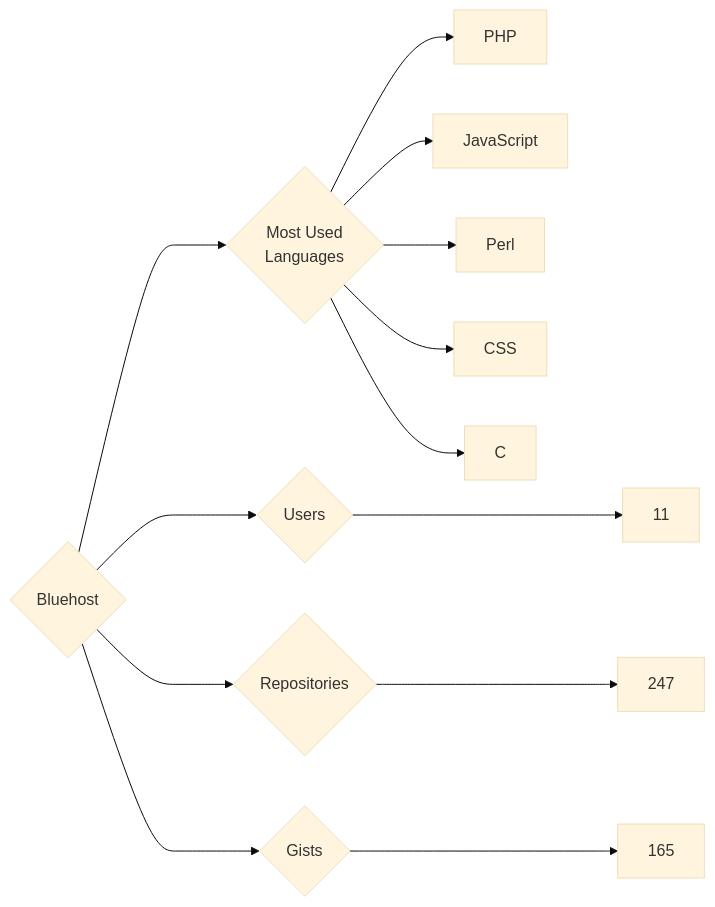
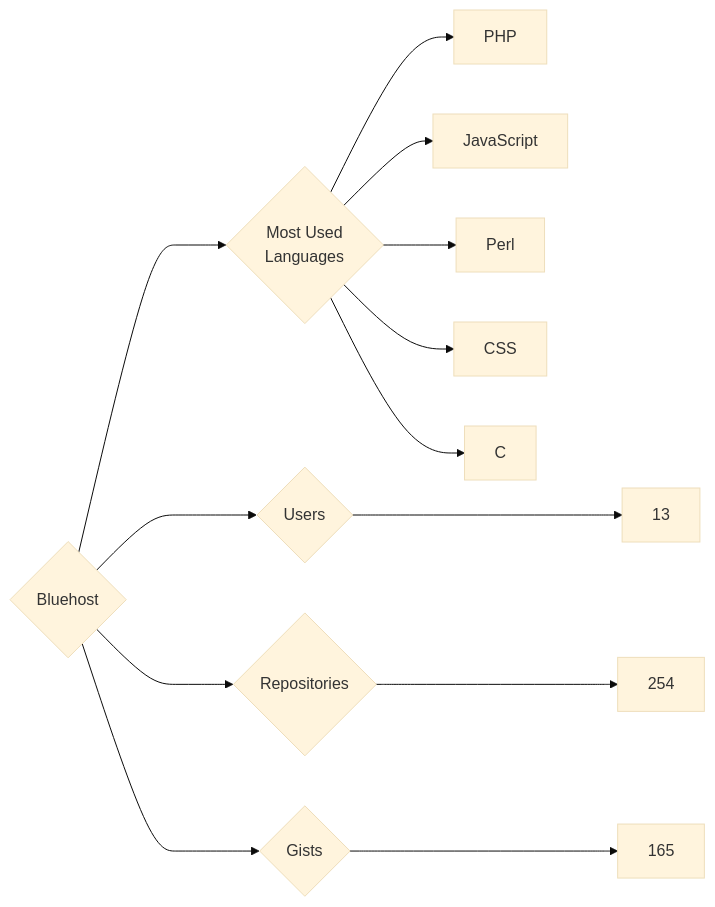
Before and after one commit to trickest/insiders: the diagram in targets/Bluehost/README.md, drawn with Mermaid (base theme). The commit also changed 935 other files, not shown here.

````diff
--- a/targets/Bluehost/README.md
+++ b/targets/Bluehost/README.md
@@ -3,13 +3,13 @@
 ```mermaid
 graph LR
 COMPANY_NAME{Bluehost}
-COMPANY_NAME ---> U{Users} ---> UN[11]
-COMPANY_NAME ---> R{Repositories} ---> RN[247]
+COMPANY_NAME ---> U{Users} ---> UN[13]
+COMPANY_NAME ---> R{Repositories} ---> RN[254]
 COMPANY_NAME ---> G{Gists} ---> GN[165]
 COMPANY_NAME ---> ML{Most Used<br>Languages}
 ML --> PHP[PHP]
 ML --> JavaScript[JavaScript]
 ML --> Perl[Perl]
 ML --> CSS[CSS]
 ML --> C[C]
 ```
````
